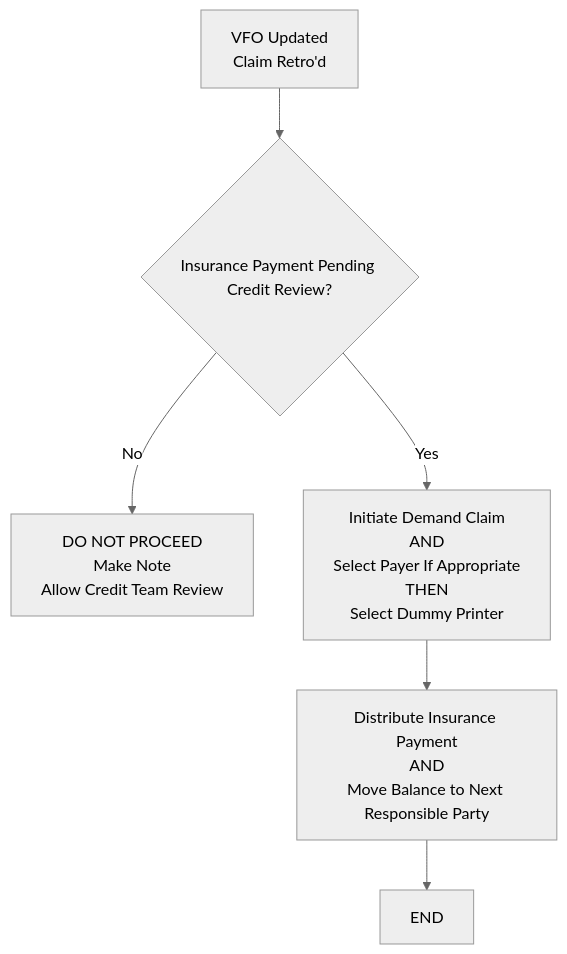
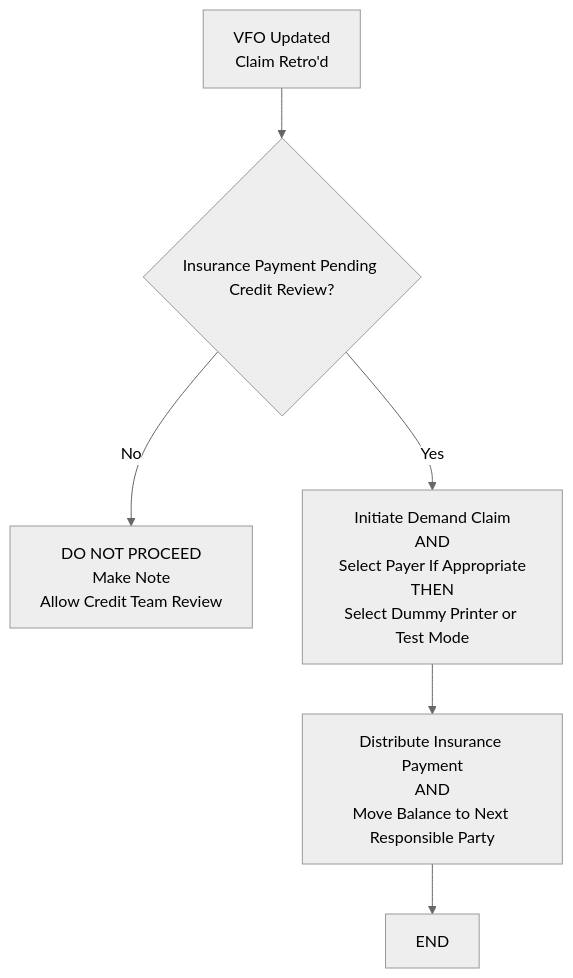
Before and after one commit to shainemeister/revenue-cycle-sop-and-workflow-framework: the diagram in workflows/demand-claim-workflow.md, drawn with Mermaid (neutral theme). The commit also changed other lines of this file, not shown here.

Commit message:
Implement Areas for Improvement and Recommendations for demand-claim-workflow.md: improve cross-references with markdown links, minor Mermaid text update for consistency, update version and history

````diff
--- a/workflows/demand-claim-workflow.md
+++ b/workflows/demand-claim-workflow.md
@@ -18,14 +18,14 @@
 ```mermaid
 flowchart TD
     A[VFO Updated<br>Claim Retro'd]
 
     A --> B{Insurance Payment Pending Credit Review?}
 
     B -->|No| End1[DO NOT PROCEED<br>Make Note<br>Allow Credit Team Review]
 
-    B -->|Yes| C[Initiate Demand Claim<br>AND<br>Select Payer If Appropriate<br>THEN<br>Select Dummy Printer]
+    B -->|Yes| C[Initiate Demand Claim<br>AND<br>Select Payer If Appropriate<br>THEN<br>Select Dummy Printer or Test Mode]
 
     C --> D[Distribute Insurance Payment<br>AND<br>Move Balance to Next Responsible Party]
 
     D --> End2[END]
 ```
````
